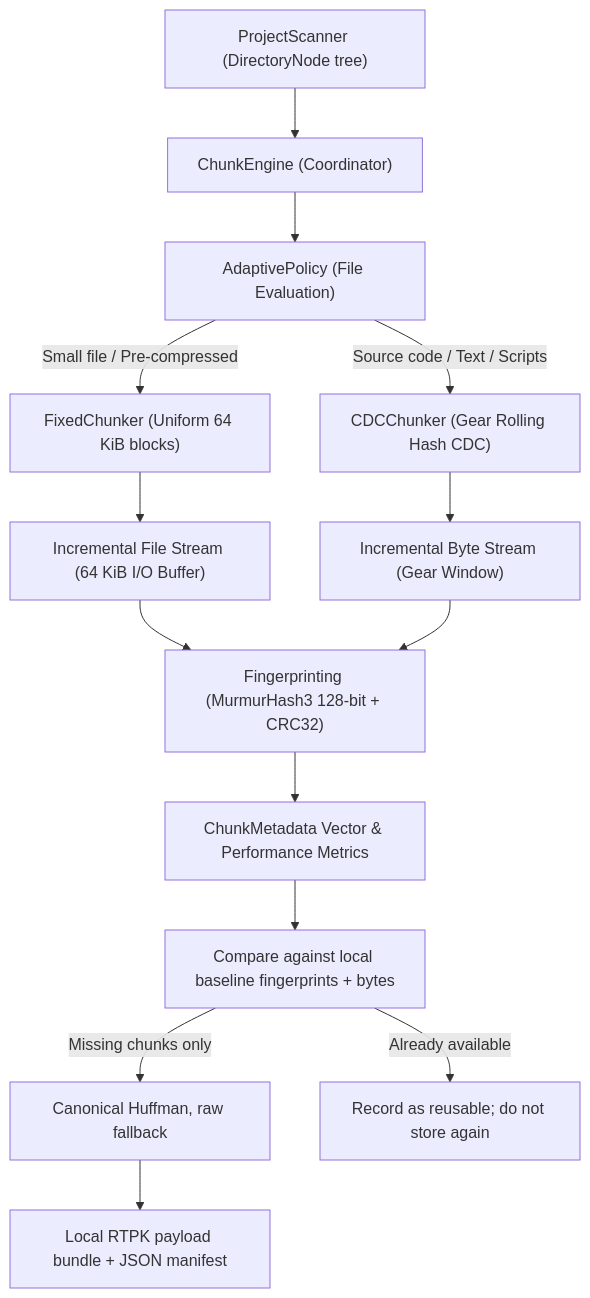
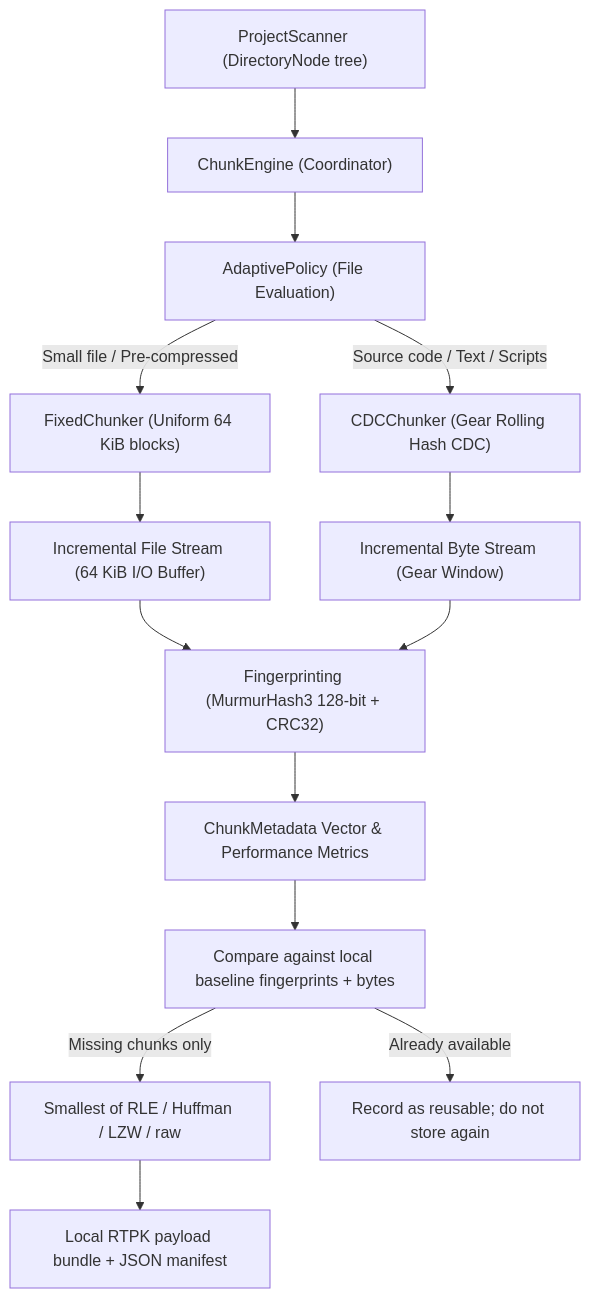
Before and after one commit to Abhi-Sharma2007/RetroTransfer: the second of 2 diagrams in readme.md, drawn with Mermaid. The commit also changed other lines of this file and 14 other files, not shown here.

````diff
--- a/readme.md
+++ b/readme.md
@@ -167,16 +207,16 @@
 ```mermaid
 flowchart TD
     Scanner["ProjectScanner (DirectoryNode tree)"] --> Engine["ChunkEngine (Coordinator)"]
     Engine --> Policy["AdaptivePolicy (File Evaluation)"]
     Policy -- "Small file / Pre-compressed" --> FixedChunker["FixedChunker (Uniform 64 KiB blocks)"]
     Policy -- "Source code / Text / Scripts" --> CDCChunker["CDCChunker (Gear Rolling Hash CDC)"]
     FixedChunker --> Stream1["Incremental File Stream (64 KiB I/O Buffer)"]
     CDCChunker --> Stream2["Incremental Byte Stream (Gear Window)"]
     Stream1 --> FP["Fingerprinting (MurmurHash3 128-bit + CRC32)"]
     Stream2 --> FP
     FP --> Meta["ChunkMetadata Vector & Performance Metrics"]
     Meta --> Compare["Compare against local baseline fingerprints + bytes"]
-    Compare -->|Missing chunks only| Huffman["Canonical Huffman, raw fallback"]
+    Compare -->|Missing chunks only| Huffman["Smallest of RLE / Huffman / LZW / raw"]
     Compare -->|Already available| Reuse["Record as reusable; do not store again"]
     Huffman --> Bundle["Local RTPK payload bundle + JSON manifest"]
 ```
````
